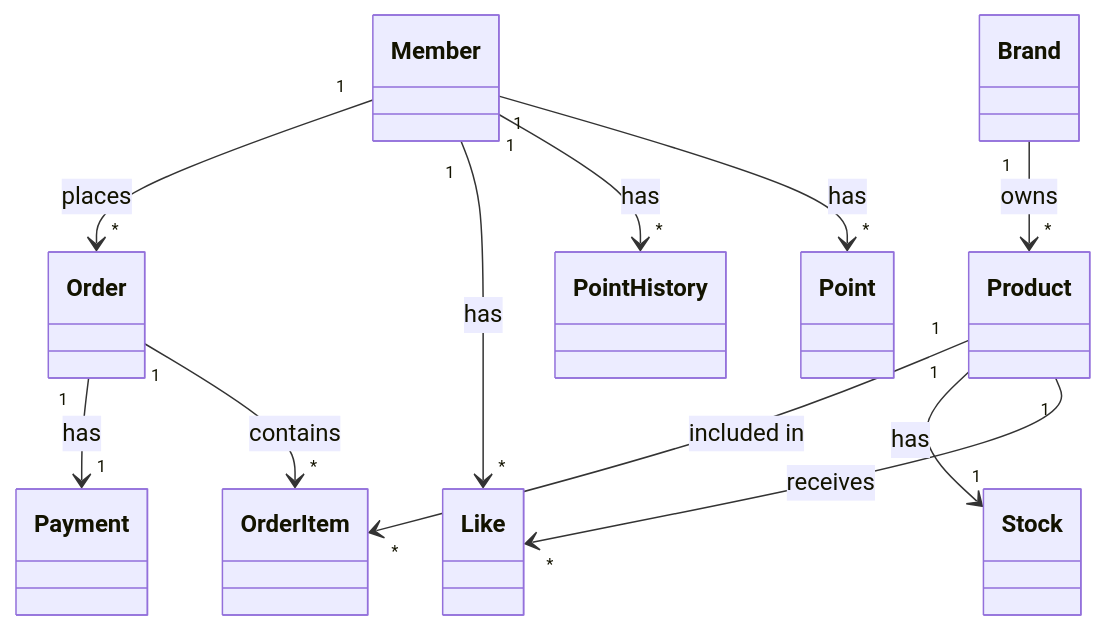
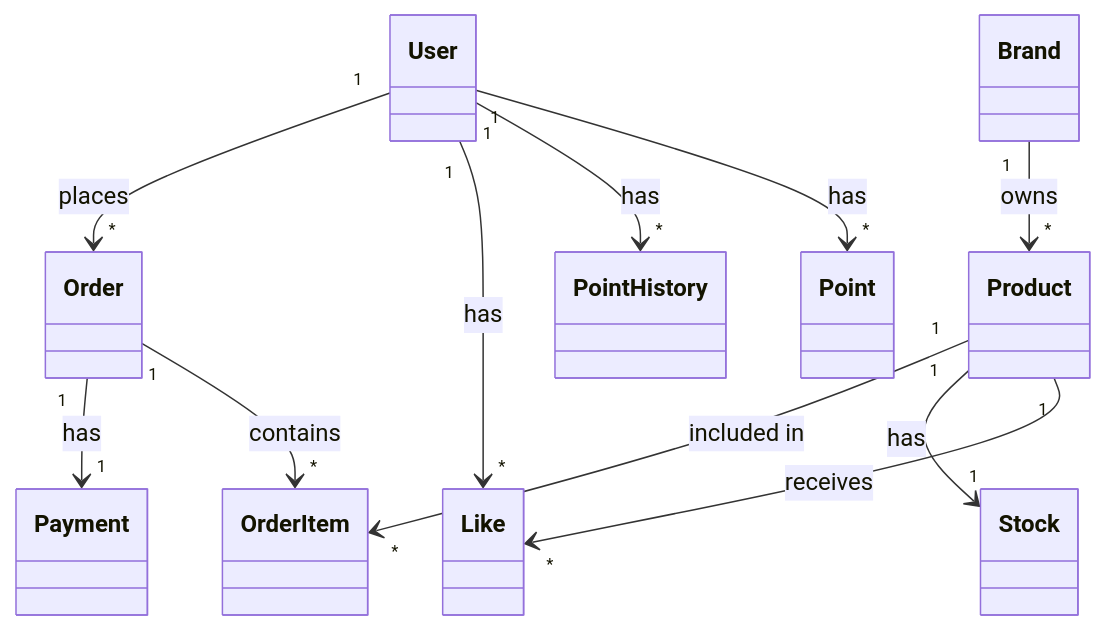
Before and after one commit to yht0827/my-commerce: the first of 8 diagrams in docs/03-class-diagrams.md, drawn with Mermaid. The commit also changed other lines of this file and 25 other files, not shown here.

````diff
--- a/docs/03-class-diagrams.md
+++ b/docs/03-class-diagrams.md
@@ -19,17 +19,17 @@
 ```mermaid
 classDiagram
     direction TB
 
-    Member "1" --> "*" Point : has
-    Member "1" --> "*" PointHistory : has
-    Member "1" --> "*" Like : has
-    Member "1" --> "*" Order : places
+    User "1" --> "*" Point : has
+    User "1" --> "*" PointHistory : has
+    User "1" --> "*" Like : has
+    User "1" --> "*" Order : places
 
     Brand "1" --> "*" Product : owns
     Product "1" --> "*" Like : receives
     Product "1" --> "1" Stock : has
     Product "1" --> "*" OrderItem : included in
 
     Order "1" --> "*" OrderItem : contains
     Order "1" --> "1" Payment : has
 ```
````
